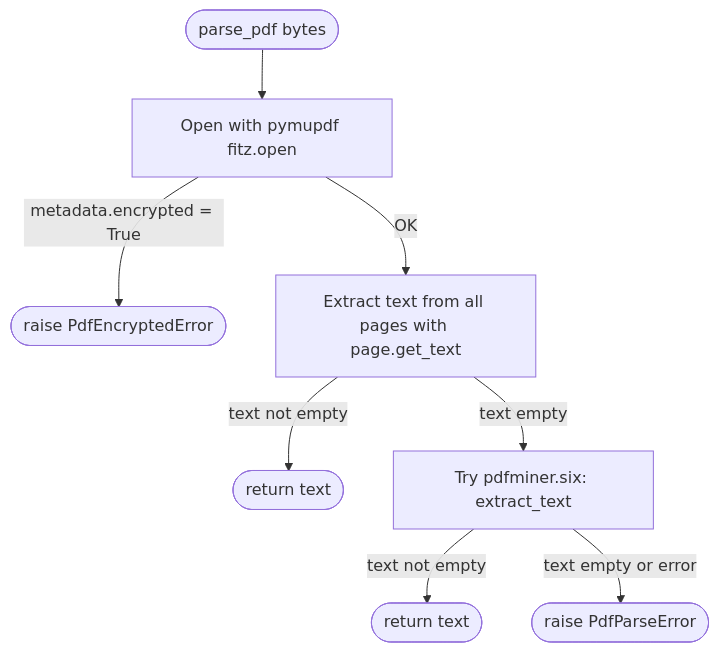
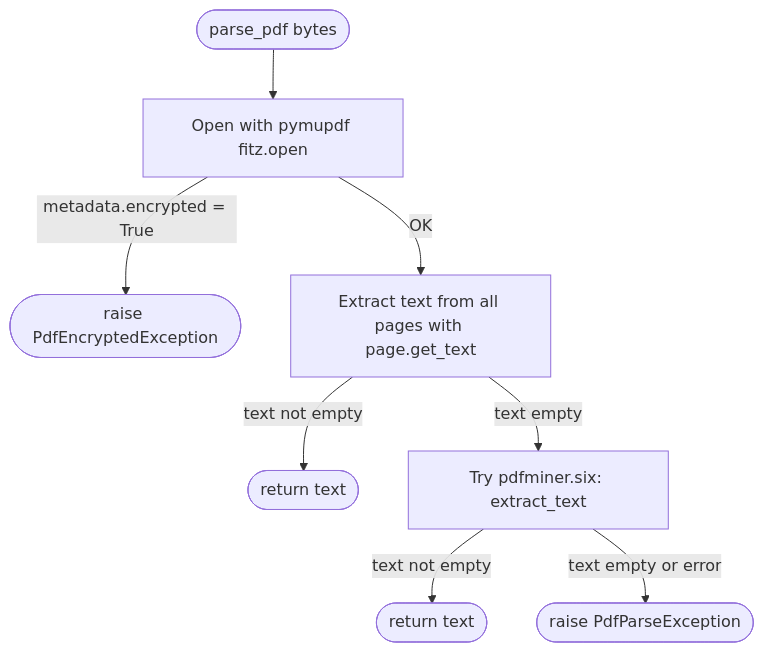
One commit to mars-xiaoyi/wealthfinder changed the fifth of 11 diagrams in stock-assistant-data-ingestion/docs/implementation.md. Above: the diagram before and after it, drawn with Mermaid. The commit also changed other lines of this file and 30 other files, not shown here.

````diff
--- a/stock-assistant-data-ingestion/docs/implementation.md
+++ b/stock-assistant-data-ingestion/docs/implementation.md
@@ -1191,10 +1202,10 @@
 ```mermaid
 flowchart TD
     A([parse_pdf bytes]) --> B[Open with pymupdf fitz.open]
-    B -->|metadata.encrypted = True| C([raise PdfEncryptedError])
+    B -->|metadata.encrypted = True| C([raise PdfEncryptedException])
     B -->|OK| D[Extract text from all pages with page.get_text]
     D -->|text not empty| E([return text])
     D -->|text empty| F[Try pdfminer.six: extract_text]
     F -->|text not empty| G([return text])
-    F -->|text empty or error| H([raise PdfParseError])
+    F -->|text empty or error| H([raise PdfParseException])
 ```
````
